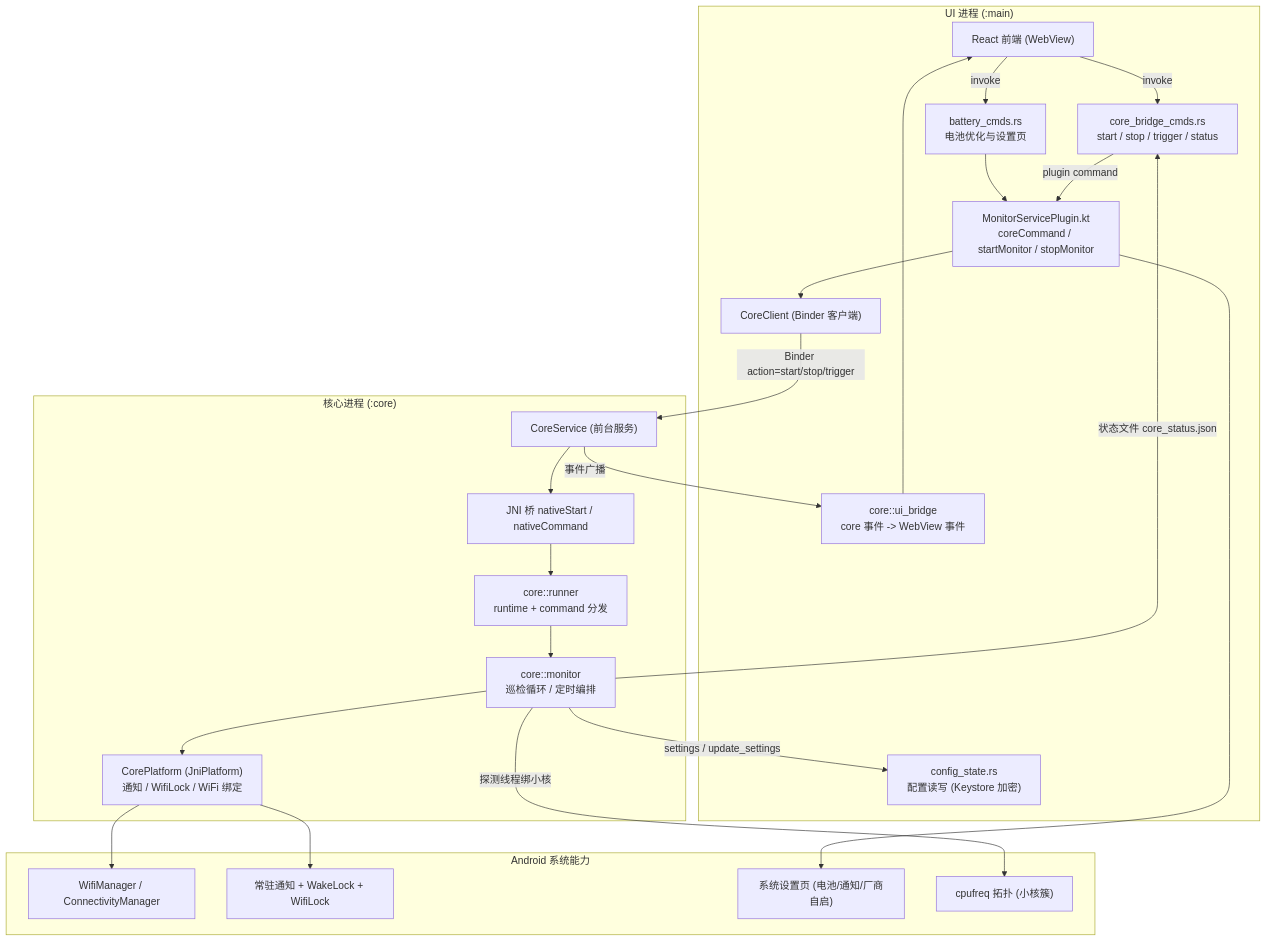
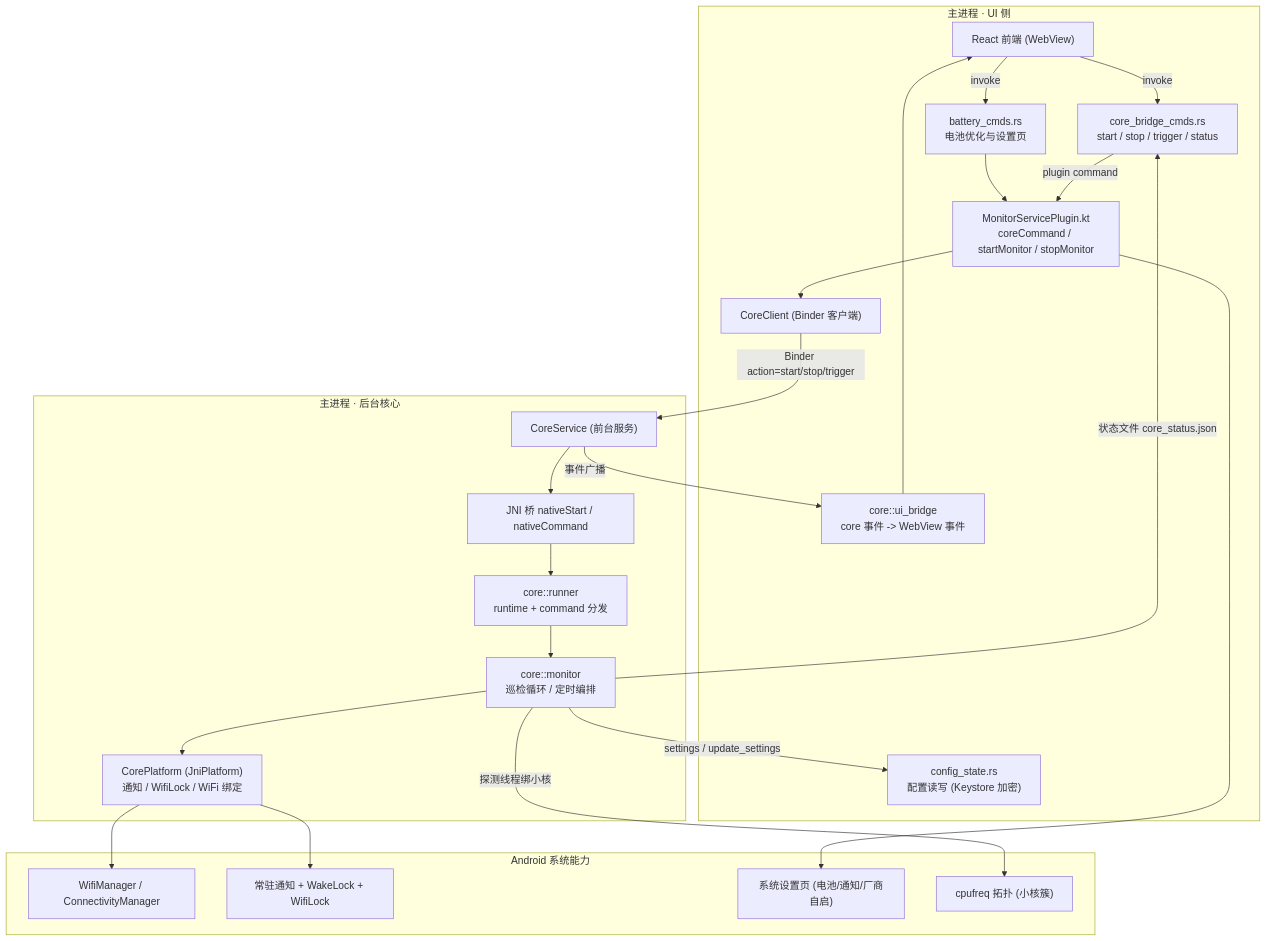
Before and after one commit to ikliml666/Wxxy-CampusLogin: the first of 8 diagrams in .codewiki/modules/android-backend-tauri-monitoring.md, drawn with Mermaid. The commit also changed other lines of this file and 20 other files, not shown here.

````diff
--- a/.codewiki/modules/android-backend-tauri-monitoring.md
+++ b/.codewiki/modules/android-backend-tauri-monitoring.md
@@ -34,43 +51,43 @@
 ```mermaid
 flowchart TD
-    subgraph UI["UI 进程 (:main)"]
+    subgraph UI["主进程 · UI 侧"]
         FE["React 前端 (WebView)"]
         CMD["core_bridge_cmds.rs<br/>start / stop / trigger / status"]
         BAT["battery_cmds.rs<br/>电池优化与设置页"]
         KSP["MonitorServicePlugin.kt<br/>coreCommand / startMonitor / stopMonitor"]
         CLIENT["CoreClient (Binder 客户端)"]
         UIB["core::ui_bridge<br/>core 事件 -> WebView 事件"]
         CFG["config_state.rs<br/>配置读写 (Keystore 加密)"]
     end
 
-    subgraph CORE["核心进程 (:core)"]
+    subgraph CORE["主进程 · 后台核心"]
         SVC["CoreService (前台服务)"]
         JNI["JNI 桥 nativeStart / nativeCommand"]
         RUN["core::runner<br/>runtime + command 分发"]
         MON["core::monitor<br/>巡检循环 / 定时编排"]
         PLAT["CorePlatform (JniPlatform)<br/>通知 / WifiLock / WiFi 绑定"]
     end
 
     subgraph SYS["Android 系统能力"]
         WIFI["WifiManager / ConnectivityManager"]
         NOTI["常驻通知 + WakeLock + WifiLock"]
         SET["系统设置页 (电池/通知/厂商自启)"]
         CPU["cpufreq 拓扑 (小核簇)"]
     end
 
     FE -->|invoke| CMD
     FE -->|invoke| BAT
     CMD -->|plugin command| KSP
     KSP --> CLIENT
     CLIENT -->|Binder action=start/stop/trigger| SVC
     SVC --> JNI --> RUN --> MON
     MON --> PLAT
     PLAT --> NOTI
     PLAT --> WIFI
     BAT --> KSP
     KSP --> SET
     MON -->|探测线程绑小核| CPU
     MON -->|状态文件 core_status.json| CMD
     SVC -->|事件广播| UIB --> FE
     MON -->|settings / update_settings| CFG
 ```
````
